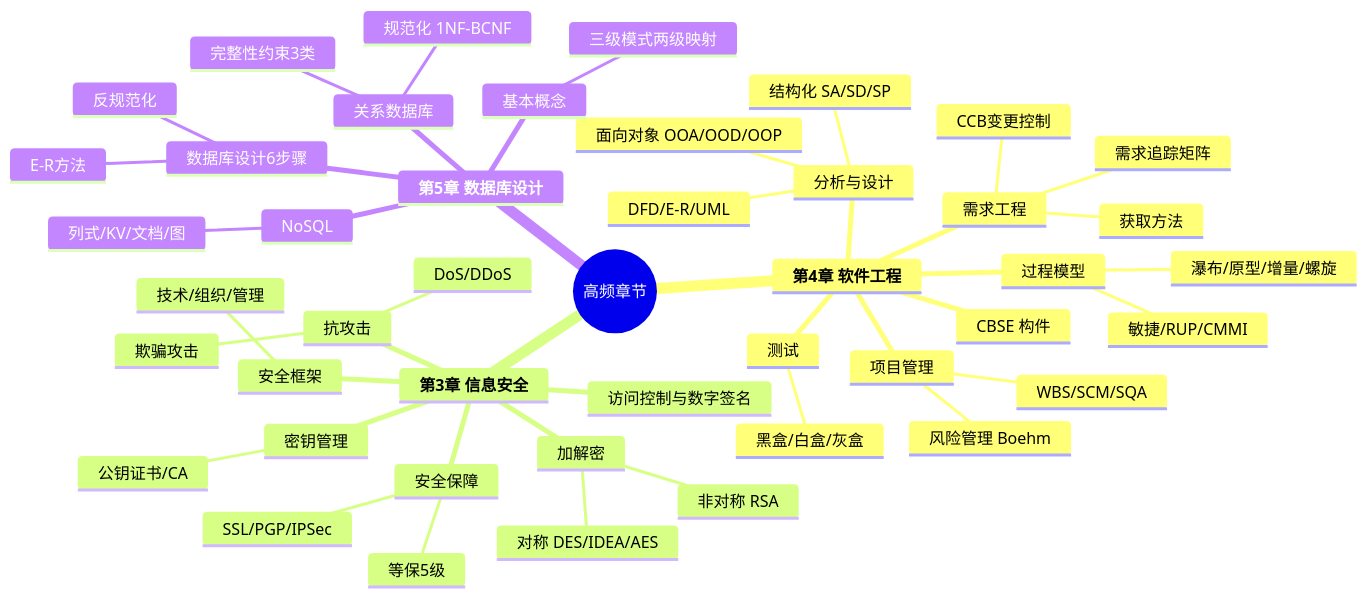
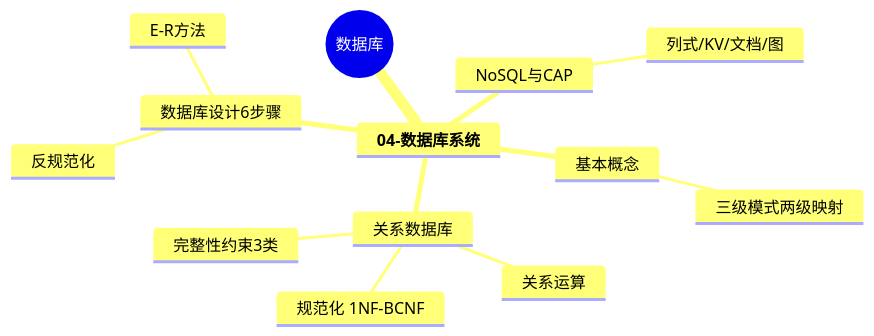
The fourth of 9 diagrams in 01-综合知识/00-综合知识全景图.md (wanlinruo/system-architect-exam-prep), drawn with Mermaid before and after one commit. The commit also changed other lines of this file and 2 other files, not shown here.

First line of the commit message:
docs(A3): 更新综合知识全景图，对齐红宝书16文件结构

````diff
--- a/01-综合知识/00-综合知识全景图.md
+++ b/01-综合知识/00-综合知识全景图.md
@@ -96,48 +124,16 @@
 ```mermaid
 mindmap
-  root((高频章节))
-    **第4章 软件工程**
-      过程模型
-        瀑布/原型/增量/螺旋
-        敏捷/RUP/CMMI
-      需求工程
-        获取方法
-        CCB变更控制
-        需求追踪矩阵
-      分析与设计
-        结构化 SA/SD/SP
-        面向对象 OOA/OOD/OOP
-        DFD/E-R/UML
-      测试
-        黑盒/白盒/灰盒
-      CBSE 构件
-      项目管理
-        WBS/SCM/SQA
-        风险管理 Boehm
-    **第3章 信息安全**
-      安全框架
-        技术/组织/管理
-      加解密
-        对称 DES/IDEA/AES
-        非对称 RSA
-      密钥管理
-        公钥证书/CA
-      访问控制与数字签名
-      抗攻击
-        DoS/DDoS
-        欺骗攻击
-      安全保障
-        等保5级
-        SSL/PGP/IPSec
-    **第5章 数据库设计**
+  root((数据库))
+    **04-数据库系统**
       基本概念
         三级模式两级映射
       关系数据库
         完整性约束3类
+        关系运算
         规范化 1NF-BCNF
       数据库设计6步骤
         E-R方法
         反规范化
-      NoSQL
+      NoSQL与CAP
         列式/KV/文档/图
 ```
````
